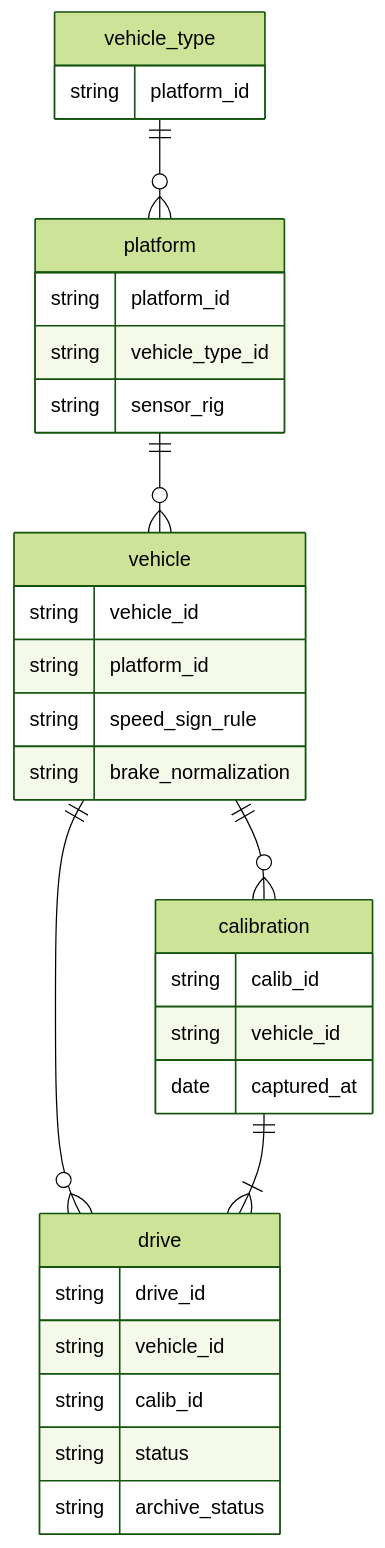
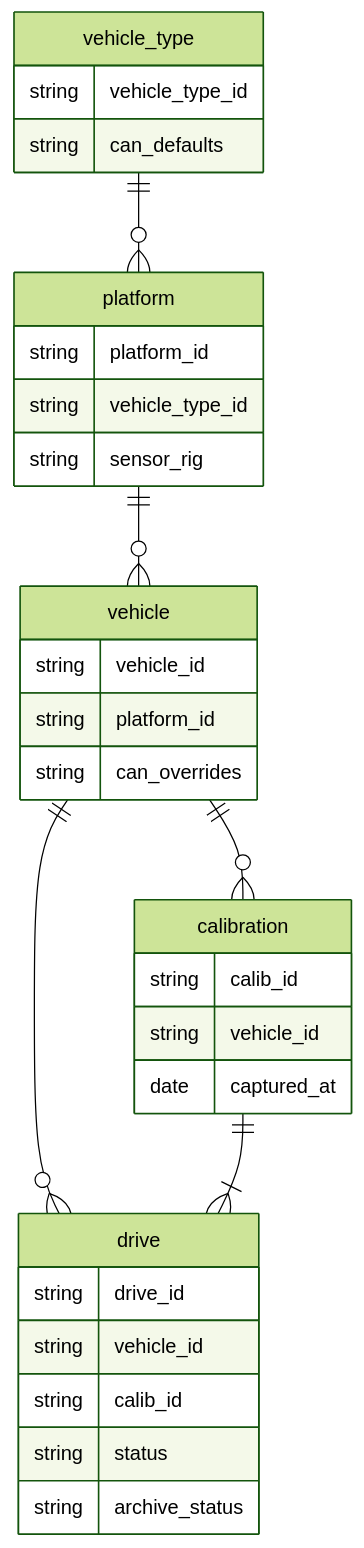
The second of 2 diagrams in CLAUDE.md (c60evaporator/shasou-core), drawn with Mermaid (forest theme) before and after one commit. The commit also changed other lines of this file and 1 other file, not shown here.

````diff
--- a/CLAUDE.md
+++ b/CLAUDE.md
@@ -27,35 +27,35 @@
 ```mermaid
 erDiagram
     vehicle_type ||--o{ platform : ""
     platform ||--o{ vehicle : ""
     vehicle ||--o{ calibration : ""
     vehicle ||--o{ drive : ""
     calibration ||--|{ drive : ""
     
     vehicle_type {
-        string platform_id
+        string vehicle_type_id
+        string can_defaults
     }
     platform {
         string platform_id
         string vehicle_type_id
         string sensor_rig
     }
     vehicle {
         string vehicle_id
         string platform_id
-        string speed_sign_rule
-        string brake_normalization
+        string can_overrides
     }
     calibration {
         string calib_id
         string vehicle_id
         date captured_at
     }
     drive {
         string drive_id
         string vehicle_id
         string calib_id
         string status
         string archive_status
     }
 ```
````
